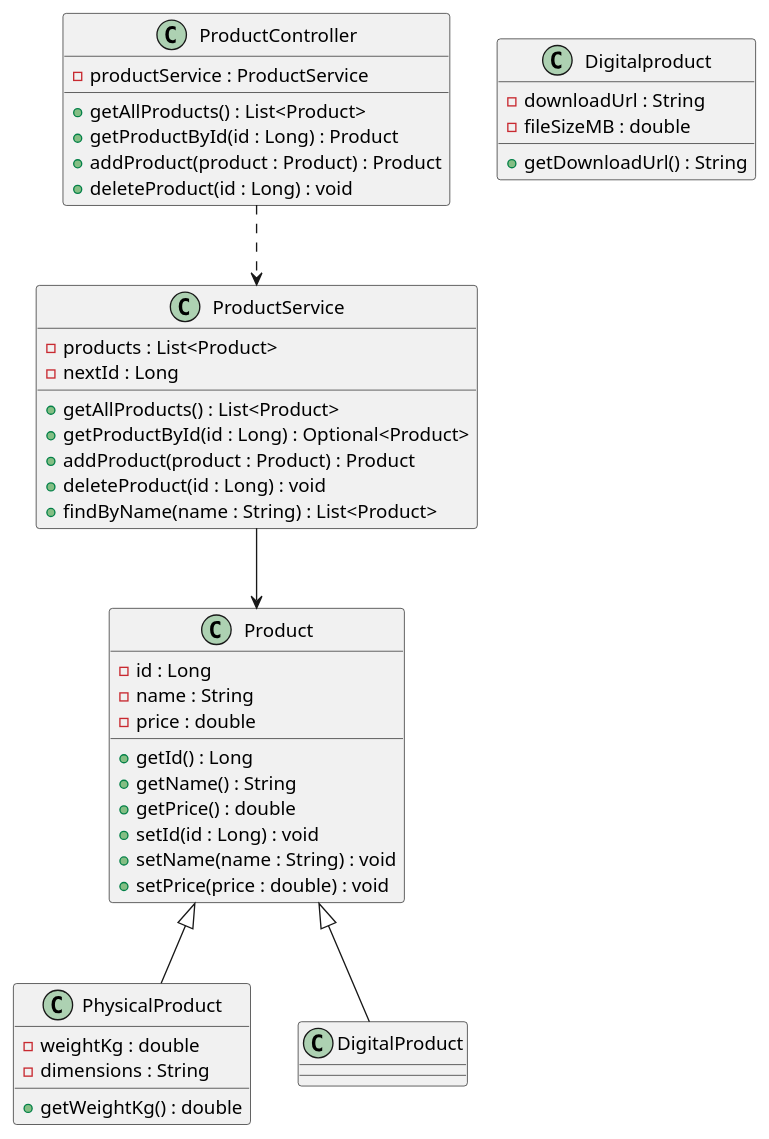
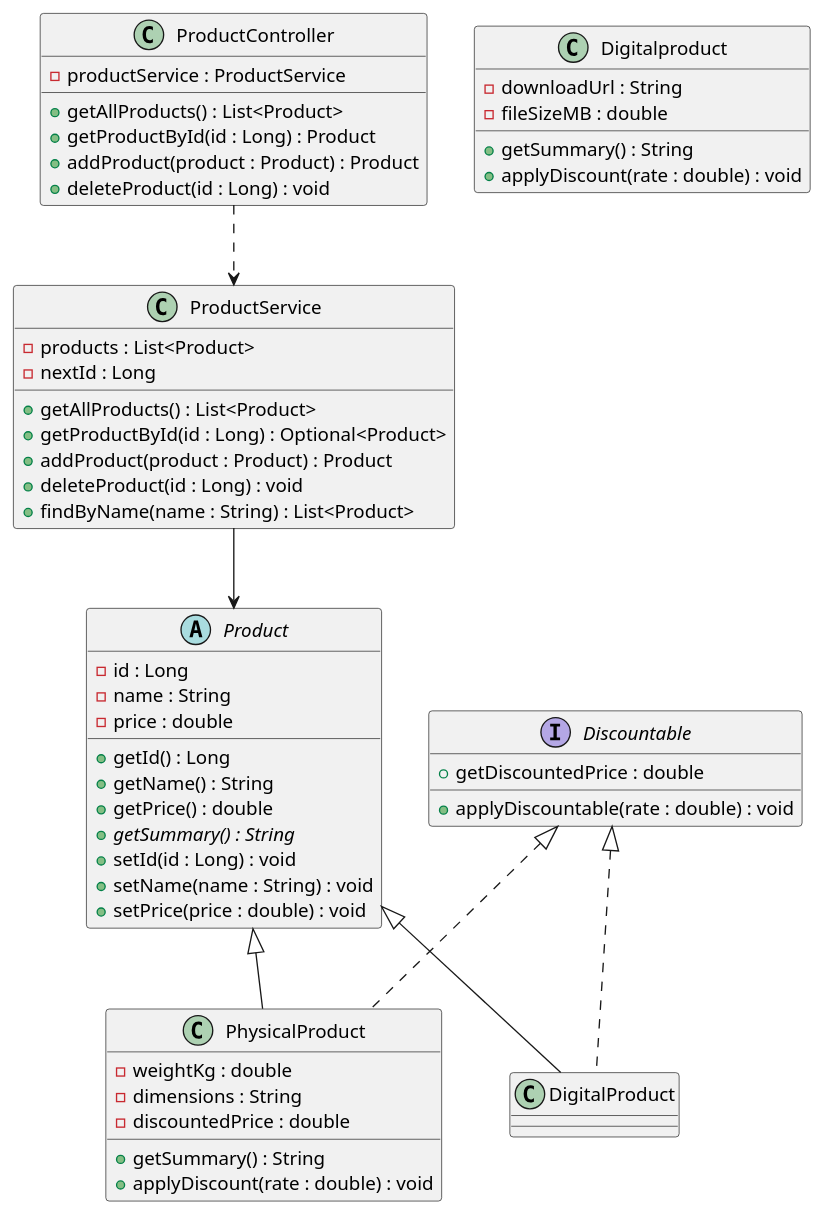
Before and after one commit to niluferg1212/OOP: the diagram in docs/uml/tutorial3.puml, drawn with PlantUML. The commit also changed 6 other files, not shown here.

Commit message:
Tutorial 5: polymorphism - getSummary override and Discountable interface

```diff
--- a/docs/uml/tutorial3.puml
+++ b/docs/uml/tutorial3.puml
@@ -1,52 +1,64 @@
 @startuml
 
-class Product {
+abstract class Product {
     - id : Long
     - name : String
     - price : double
     + getId() : Long
     + getName() : String
     + getPrice() : double
+    + {abstract} getSummary() : String
     + setId(id : Long) : void
     + setName(name : String) : void
     + setPrice(price : double) : void
 }
 
+interface Discountable {
+    + applyDiscountable(rate : double) : void
+    + getDiscountedPrice : double
+}
+
 class Digitalproduct {
     - downloadUrl : String
     - fileSizeMB : double
-    + getDownloadUrl() : String
+    + getSummary() : String
+    + applyDiscount(rate : double) : void
 }
 
 class PhysicalProduct {
     - weightKg : double
     - dimensions : String
-    + getWeightKg() : double
+    - discountedPrice : double
+    + getSummary() : String
+    + applyDiscount(rate : double) : void
 }
 
 Product <|-- DigitalProduct
 Product <|-- PhysicalProduct
+
+Discountable <|.. DigitalProduct
+Discountable <|.. PhysicalProduct
 
 class ProductService {
     - products : List<Product>
     - nextId : Long
     + getAllProducts() : List<Product>
     + getProductById(id : Long) : Optional<Product>
     + addProduct(product : Product) : Product
     + deleteProduct(id : Long) : void
     + findByName(name : String) : List<Product>
 }
 
 class ProductController {
     - productService : ProductService
     + getAllProducts() : List<Product>
     + getProductById(id : Long) : Product
     + addProduct(product : Product) : Product
     + deleteProduct(id : Long) : void
 }
 
 ProductController ..> ProductService
 
 ProductService --> Product
 
 @enduml
```
